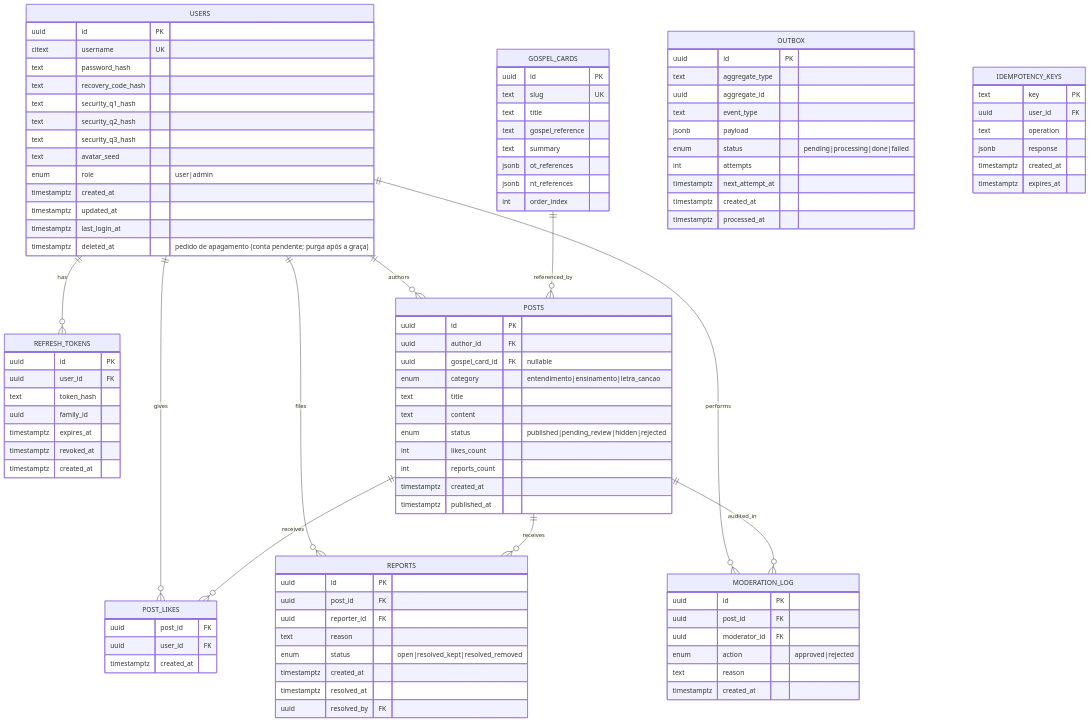
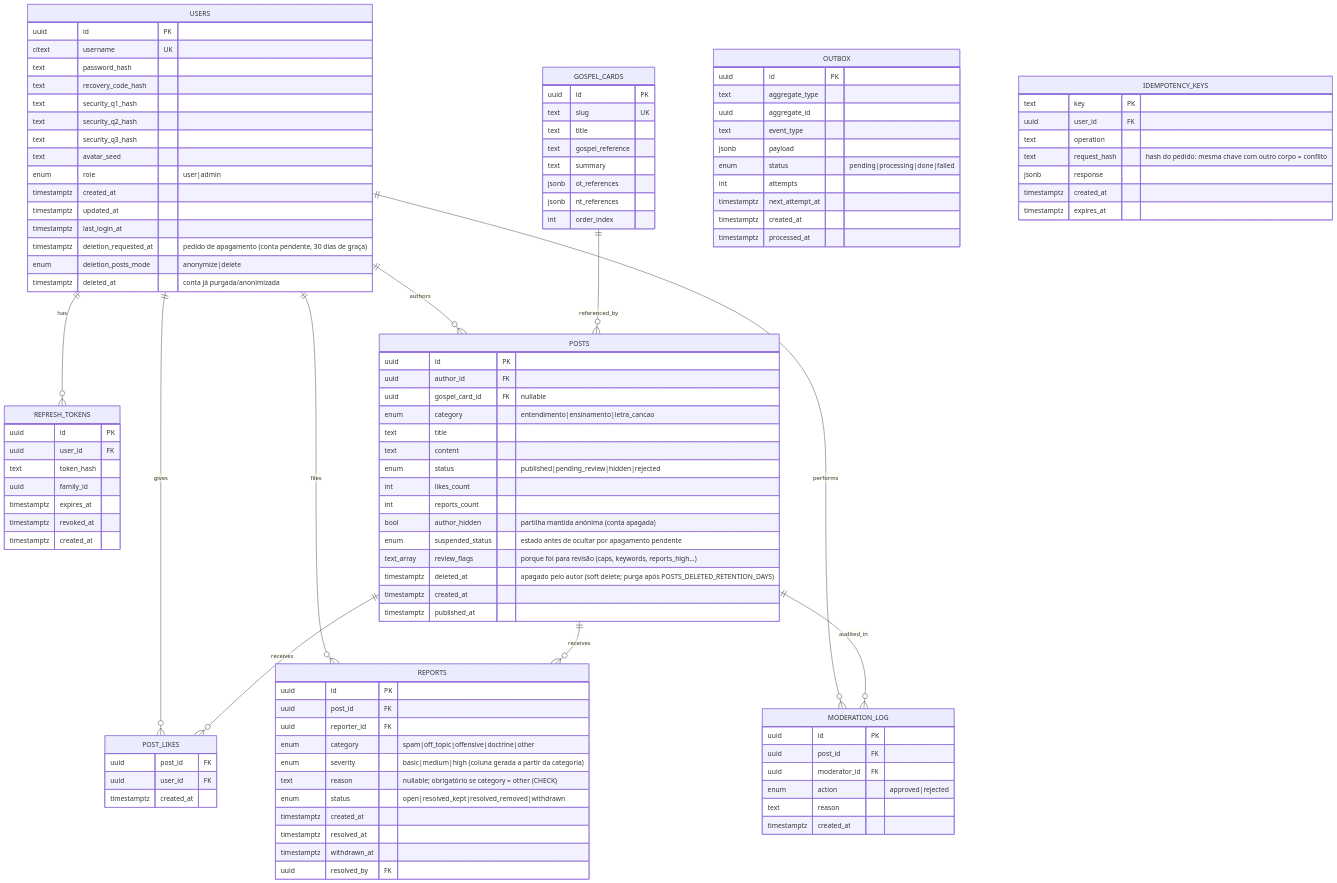
The third of 6 diagrams in docs/Arquitectura/arquitectura.md (comunidadade-crista-developer/comunidadecrista-monorepo), drawn with Mermaid before and after one commit. The commit also changed other lines of this file and 24 other files, not shown here.

```diff
--- a/docs/Arquitectura/arquitectura.md
+++ b/docs/Arquitectura/arquitectura.md
@@ -238,7 +150,9 @@
     timestamptz created_at
     timestamptz updated_at
     timestamptz last_login_at
-    timestamptz deleted_at "pedido de apagamento (conta pendente; purga após a graça)"
+    timestamptz deletion_requested_at "pedido de apagamento (conta pendente, 30 dias de graça)"
+    enum deletion_posts_mode "anonymize|delete"
+    timestamptz deleted_at "conta já purgada/anonimizada"
   }
 
   REFRESH_TOKENS {
@@ -272,6 +186,10 @@
     enum status "published|pending_review|hidden|rejected"
     int likes_count
     int reports_count
+    bool author_hidden "partilha mantida anónima (conta apagada)"
+    enum suspended_status "estado antes de ocultar por apagamento pendente"
+    text_array review_flags "porque foi para revisão (caps, keywords, reports_high…)"
+    timestamptz deleted_at "apagado pelo autor (soft delete; purga após POSTS_DELETED_RETENTION_DAYS)"
     timestamptz created_at
     timestamptz published_at
   }
@@ -286,10 +204,13 @@
     uuid id PK
     uuid post_id FK
     uuid reporter_id FK
-    text reason
-    enum status "open|resolved_kept|resolved_removed"
+    enum category "spam|off_topic|offensive|doctrine|other"
+    enum severity "basic|medium|high (coluna gerada a partir da categoria)"
+    text reason "nullable; obrigatório se category = other (CHECK)"
+    enum status "open|resolved_kept|resolved_removed|withdrawn"
     timestamptz created_at
     timestamptz resolved_at
+    timestamptz withdrawn_at
     uuid resolved_by FK
   }
 
@@ -319,6 +240,7 @@
     text key PK
     uuid user_id FK
     text operation
+    text request_hash "hash do pedido: mesma chave com outro corpo = conflito"
     jsonb response
     timestamptz created_at
     timestamptz expires_at
```
